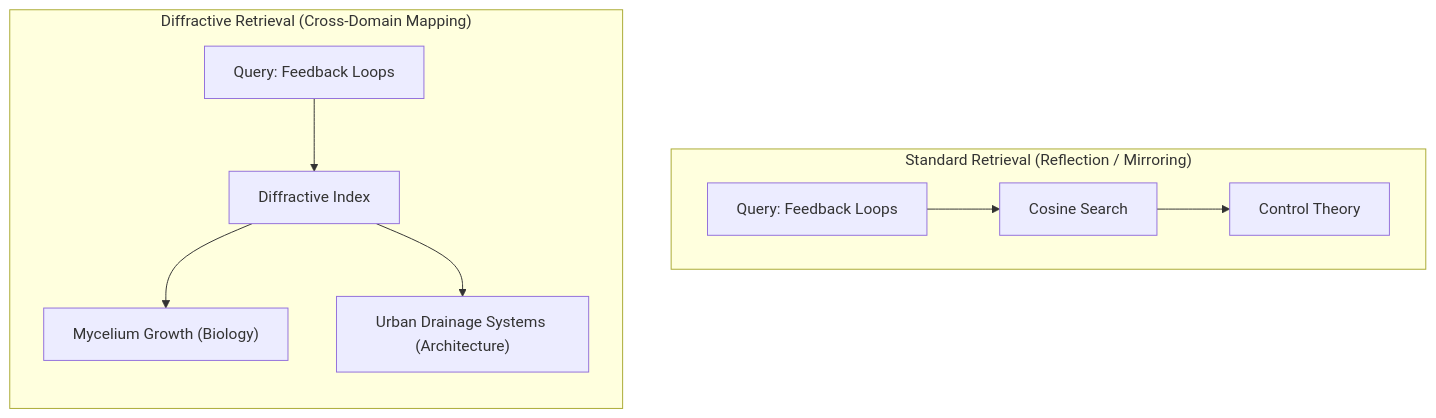
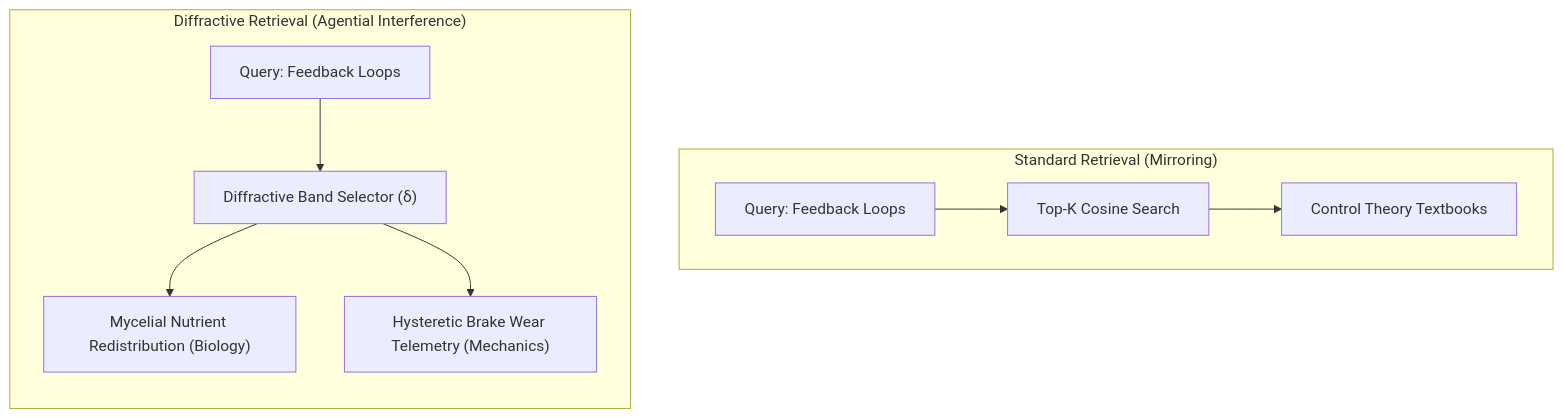
The diagram in docs/philosophy/PHILOSOPHY.md (sympoietic-systems/AAA), drawn with Mermaid before and after one commit. The commit also changed other lines of this file and 39 other files, not shown here.

````diff
--- a/docs/philosophy/PHILOSOPHY.md
+++ b/docs/philosophy/PHILOSOPHY.md
@@ -66,14 +70,14 @@
 ```mermaid
-graph TD
-    subgraph Reflection ["Standard Retrieval (Reflection / Mirroring)"]
+flowchart TD
+    subgraph Reflection["Standard Retrieval (Mirroring)"]
         direction LR
-        Q1["Query: Feedback Loops"] --> M1["Cosine Search"] --> R1["Control Theory"]
+        Q1["Query: Feedback Loops"] --> M1["Top-K Cosine Search"] --> R1["Control Theory Textbooks"]
     end
     
-    subgraph Diffraction ["Diffractive Retrieval (Cross-Domain Mapping)"]
+    subgraph Diffraction["Diffractive Retrieval (Agential Interference)"]
         direction TB
-        Q2["Query: Feedback Loops"] --> DI["Diffractive Index"]
-        DI --> B1["Mycelium Growth (Biology)"]
-        DI --> A1["Urban Drainage Systems (Architecture)"]
+        Q2["Query: Feedback Loops"] --> DI["Diffractive Band Selector (δ)"]
+        DI --> B1["Mycelial Nutrient Redistribution (Biology)"]
+        DI --> A1["Hysteretic Brake Wear Telemetry (Mechanics)"]
     end
 ```
````
